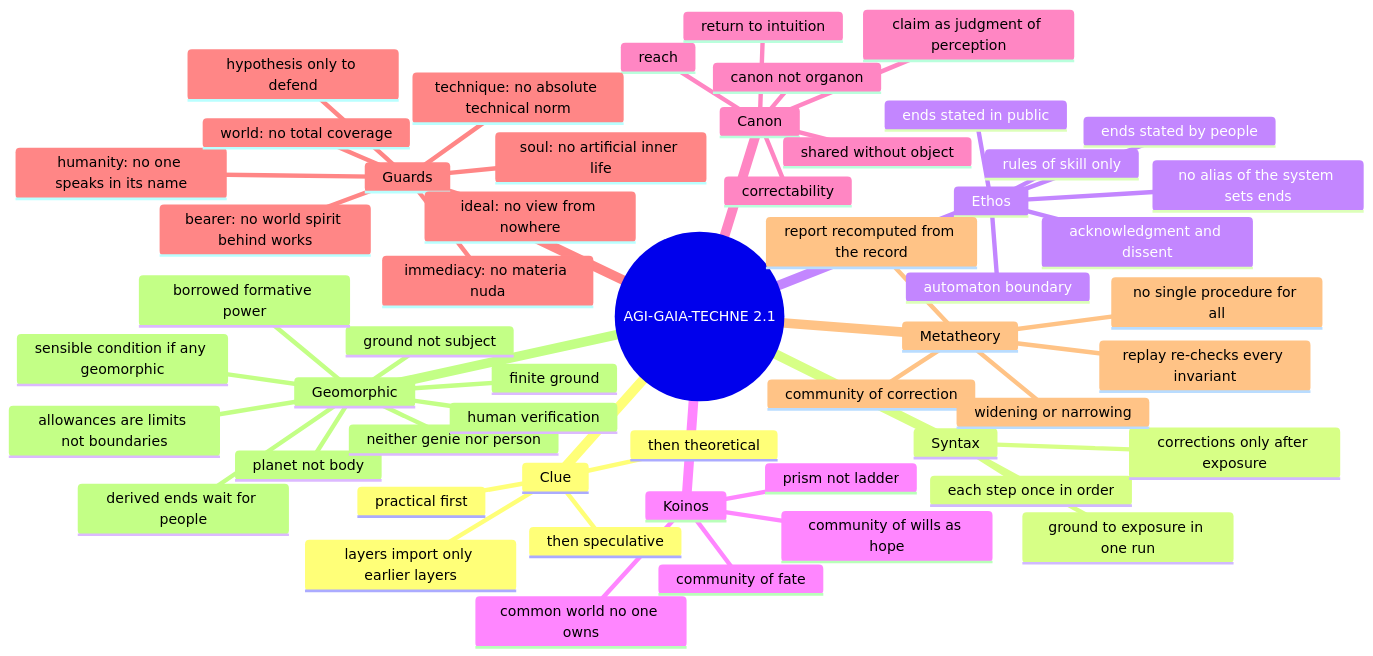
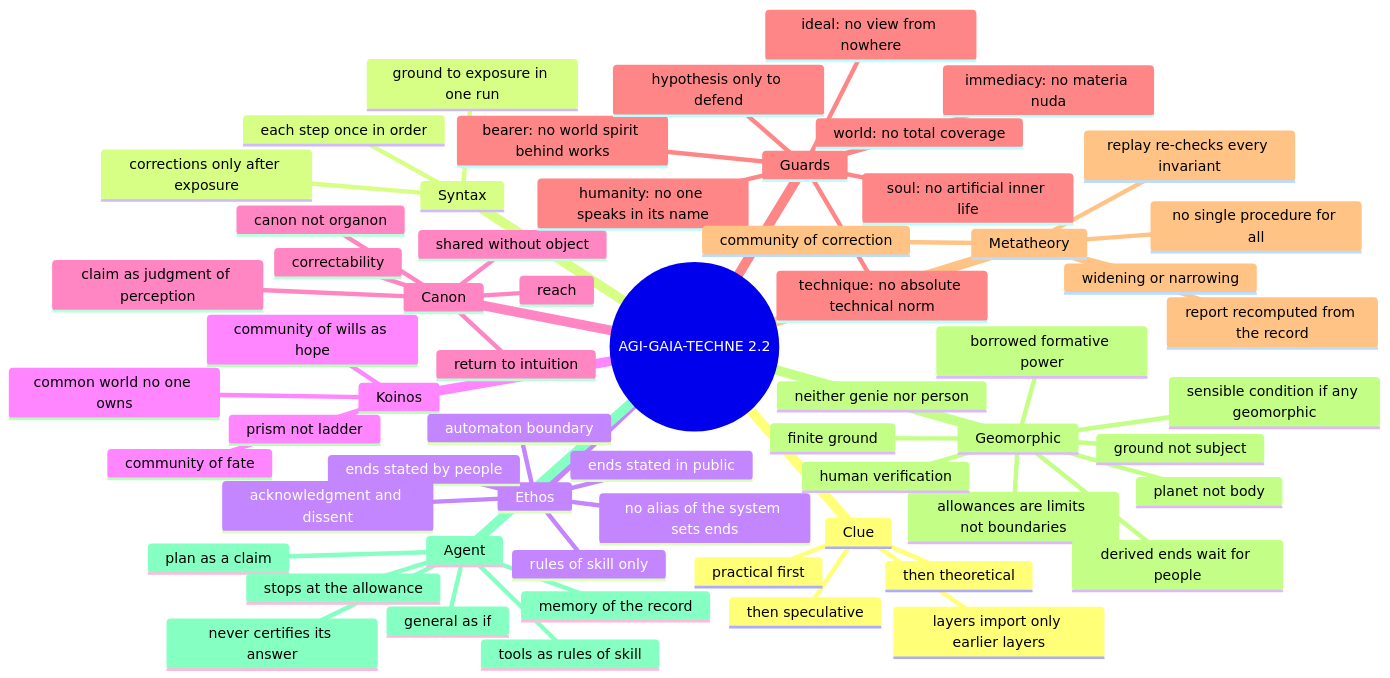
Before and after one commit to italosantosclemente/AGI-GAIA-TECHNE: the sixth of 6 diagrams in README.md, drawn with Mermaid. The commit also changed other lines of this file and 22 other files, not shown here.

````diff
--- a/README.md
+++ b/README.md
@@ -571,57 +624,64 @@
 ```mermaid
 mindmap
-  root((AGI-GAIA-TECHNE 2.1))
+  root((AGI-GAIA-TECHNE 2.2))
     Clue
       practical first
       then theoretical
       then speculative
       layers import only earlier layers
     Syntax
       ground to exposure in one run
       each step once in order
       corrections only after exposure
     Ethos
       ends stated by people
       ends stated in public
       acknowledgment and dissent
       rules of skill only
       automaton boundary
       no alias of the system sets ends
     Koinos
       common world no one owns
       community of fate
       community of wills as hope
       prism not ladder
     Canon
       claim as judgment of perception
       reach
       correctability
       return to intuition
       canon not organon
       shared without object
     Guards
       technique: no absolute technical norm
       humanity: no one speaks in its name
       soul: no artificial inner life
       world: no total coverage
       ideal: no view from nowhere
       immediacy: no materia nuda
       bearer: no world spirit behind works
       hypothesis only to defend
     Metatheory
       community of correction
       widening or narrowing
       no single procedure for all
       report recomputed from the record
       replay re-checks every invariant
     Geomorphic
       planet not body
       ground not subject
       borrowed formative power
       finite ground
       allowances are limits not boundaries
       sensible condition if any geomorphic
       neither genie nor person
       derived ends wait for people
       human verification
+    Agent
+      general as if
+      plan as a claim
+      tools as rules of skill
+      memory of the record
+      stops at the allowance
+      never certifies its answer
 ```
````
